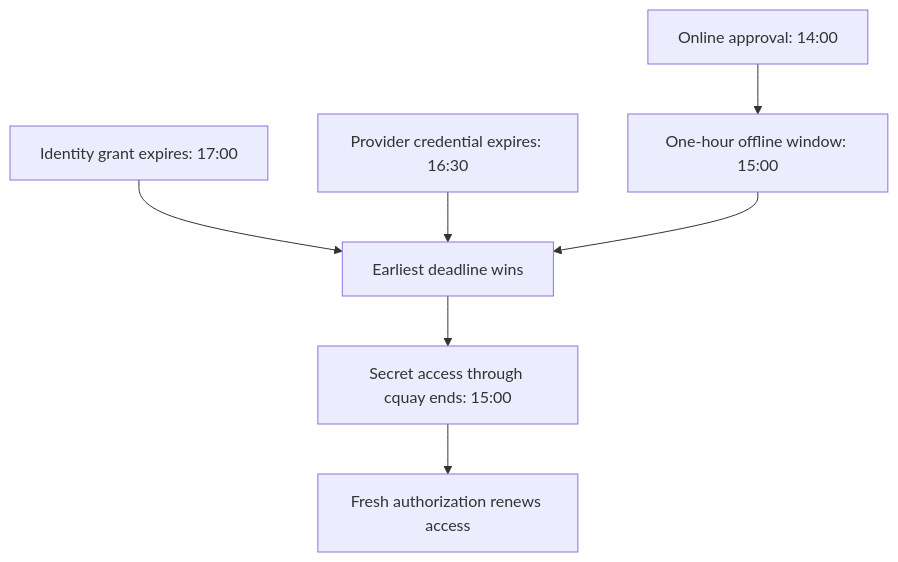
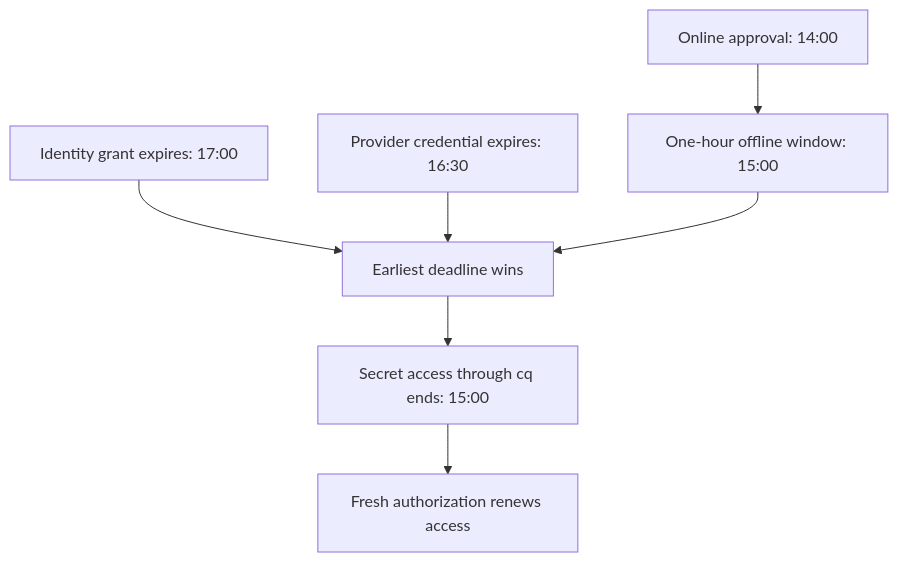
The second of 2 diagrams in docs/identity-and-expiry.md (maldous/CircularQuay), drawn with Mermaid before and after one commit. The commit also changed other lines of this file and 162 other files, not shown here.

````diff
--- a/docs/identity-and-expiry.md
+++ b/docs/identity-and-expiry.md
@@ -126,9 +126,9 @@
 ```mermaid
 flowchart TD
   APPROVAL["Online approval: 14:00"] --> WINDOW["One-hour offline window: 15:00"]
   IDENTITY["Identity grant expires: 17:00"] --> EARLIEST["Earliest deadline wins"]
   SECRET["Provider credential expires: 16:30"] --> EARLIEST
   WINDOW --> EARLIEST
-  EARLIEST --> DEADLINE["Secret access through cquay ends: 15:00"]
+  EARLIEST --> DEADLINE["Secret access through cq ends: 15:00"]
   DEADLINE --> RENEW["Fresh authorization renews access"]
 ```
````
